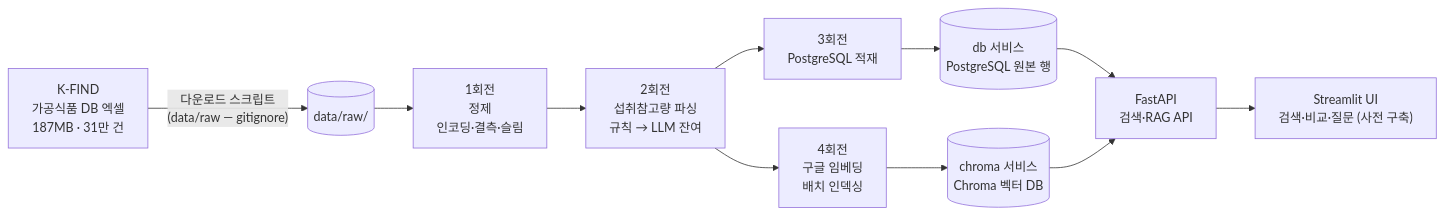
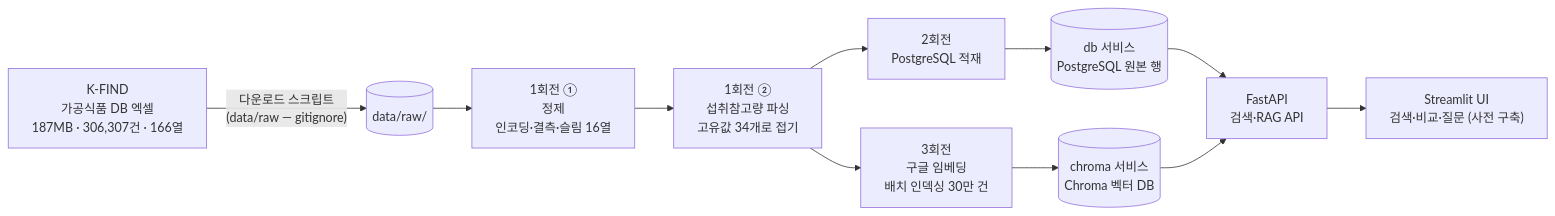
One commit to 2026-ai-service-engineering-a/ai_service_engineering-track_a changed the first of 2 diagrams in site/src/content/courses/ko/session-04/index.mdx. Above: the diagram before and after it, drawn with Mermaid. The commit also changed other lines of this file, not shown here.

````diff
--- a/site/src/content/courses/ko/session-04/index.mdx
+++ b/site/src/content/courses/ko/session-04/index.mdx
@@ -120,13 +129,13 @@
 ```mermaid
 flowchart LR
-    SRC["K-FIND<br/>가공식품 DB 엑셀<br/>187MB · 31만 건"] -->|"다운로드 스크립트<br/>(data/raw — gitignore)"| RAW[("data/raw/")]
-    RAW --> C1["1회전<br/>정제<br/>인코딩·결측·슬림"]
-    C1 --> C2["2회전<br/>섭취참고량 파싱<br/>규칙 → LLM 잔여"]
-    C2 --> LD["3회전<br/>PostgreSQL 적재"]
+    SRC["K-FIND<br/>가공식품 DB 엑셀<br/>187MB · 306,307건 · 166열"] -->|"다운로드 스크립트<br/>(data/raw — gitignore)"| RAW[("data/raw/")]
+    RAW --> C1["1회전 ①<br/>정제<br/>인코딩·결측·슬림 16열"]
+    C1 --> C2["1회전 ②<br/>섭취참고량 파싱<br/>고유값 34개로 접기"]
+    C2 --> LD["2회전<br/>PostgreSQL 적재"]
     LD --> DB[("db 서비스<br/>PostgreSQL 원본 행")]
-    C2 --> EM["4회전<br/>구글 임베딩<br/>배치 인덱싱"]
+    C2 --> EM["3회전<br/>구글 임베딩<br/>배치 인덱싱 30만 건"]
     EM --> VEC[("chroma 서비스<br/>Chroma 벡터 DB")]
     DB --> API["FastAPI<br/>검색·RAG API"]
     VEC --> API
     API --> UI["Streamlit UI<br/>검색·비교·질문 (사전 구축)"]
 ```
````
